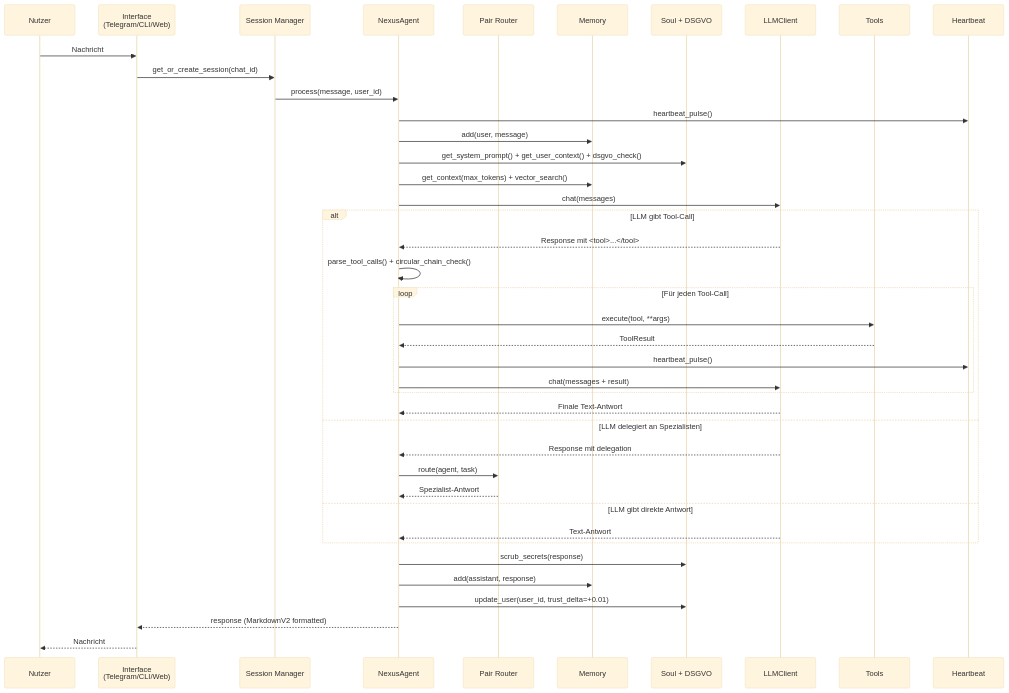
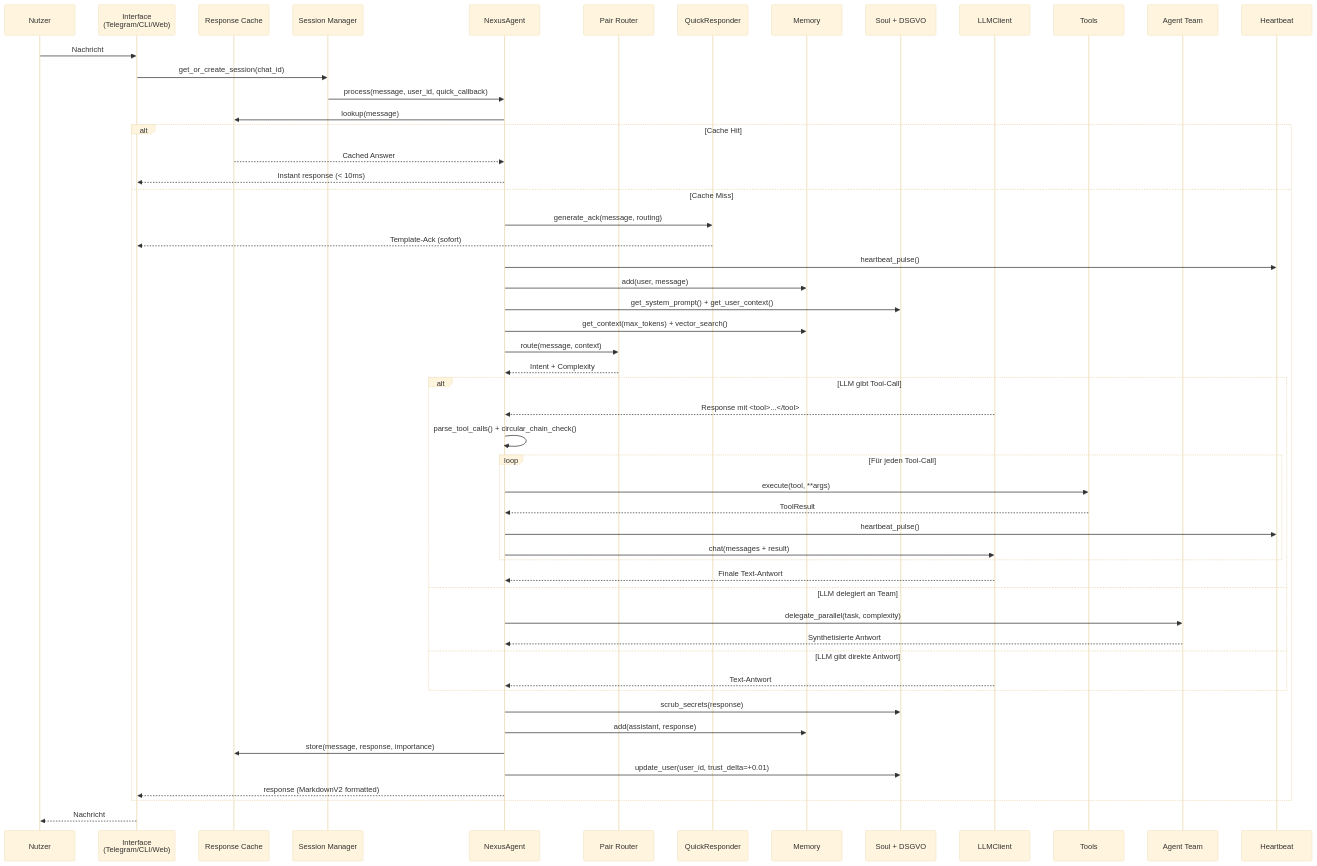
The third of 8 diagrams in README.md (TitoPrausee/nexus-toti), drawn with Mermaid (base theme) before and after one commit. The commit also changed other lines of this file and 1 other file, not shown here.

First line of the commit message:
feat: immediate ack message + quick_callback for <4s first response

````diff
--- a/README.md
+++ b/README.md
@@ -117,46 +210,59 @@
 ```mermaid
 sequenceDiagram
     participant U as Nutzer
     participant I as Interface<br/>(Telegram/CLI/Web)
+    participant RC as Response Cache
     participant SM as Session Manager
     participant A as NexusAgent
     participant PR as Pair Router
+    participant QR as QuickResponder
     participant M as Memory
     participant S as Soul + DSGVO
     participant L as LLMClient
     participant T as Tools
+    participant TEAM as Agent Team
     participant HB as Heartbeat
 
     U->>I: Nachricht
     I->>SM: get_or_create_session(chat_id)
-    SM->>A: process(message, user_id)
-    A->>HB: heartbeat_pulse()
-    A->>M: add(user, message)
-    A->>S: get_system_prompt() + get_user_context() + dsgvo_check()
-    A->>M: get_context(max_tokens) + vector_search()
-    A->>L: chat(messages)
+    SM->>A: process(message, user_id, quick_callback)
 
-    alt LLM gibt Tool-Call
-        L-->>A: Response mit <tool>...</tool>
-        A->>A: parse_tool_calls() + circular_chain_check()
-        loop Für jeden Tool-Call
-            A->>T: execute(tool, **args)
-            T-->>A: ToolResult
-            A->>HB: heartbeat_pulse()
-            A->>L: chat(messages + result)
+    A->>RC: lookup(message)
+    alt Cache Hit
+        RC-->>A: Cached Answer
+        A-->>I: Instant response (< 10ms)
+    else Cache Miss
+        A->>QR: generate_ack(message, routing)
+        QR-->>I: Template-Ack (sofort)
+        A->>HB: heartbeat_pulse()
+        A->>M: add(user, message)
+        A->>S: get_system_prompt() + get_user_context()
+        A->>M: get_context(max_tokens) + vector_search()
+        A->>PR: route(message, context)
+        PR-->>A: Intent + Complexity
+
+        alt LLM gibt Tool-Call
+            L-->>A: Response mit <tool>...</tool>
+            A->>A: parse_tool_calls() + circular_chain_check()
+            loop Für jeden Tool-Call
+                A->>T: execute(tool, **args)
+                T-->>A: ToolResult
+                A->>HB: heartbeat_pulse()
+                A->>L: chat(messages + result)
+            end
+            L-->>A: Finale Text-Antwort
+        else LLM delegiert an Team
+            A->>TEAM: delegate_parallel(task, complexity)
+            TEAM-->>A: Synthetisierte Antwort
+        else LLM gibt direkte Antwort
+            L-->>A: Text-Antwort
         end
-        L-->>A: Finale Text-Antwort
-    else LLM delegiert an Spezialisten
-        L-->>A: Response mit delegation
-        A->>PR: route(agent, task)
-        PR-->>A: Spezialist-Antwort
-    else LLM gibt direkte Antwort
-        L-->>A: Text-Antwort
+
+        A->>S: scrub_secrets(response)
+        A->>M: add(assistant, response)
+        A->>RC: store(message, response, importance)
+        A->>S: update_user(user_id, trust_delta=+0.01)
+        A-->>I: response (MarkdownV2 formatted)
     end
-
-    A->>S: scrub_secrets(response)
-    A->>M: add(assistant, response)
-    A->>S: update_user(user_id, trust_delta=+0.01)
-    A-->>I: response (MarkdownV2 formatted)
     I-->>U: Nachricht
 ```
````
